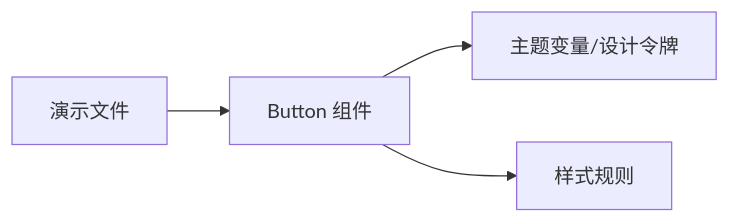
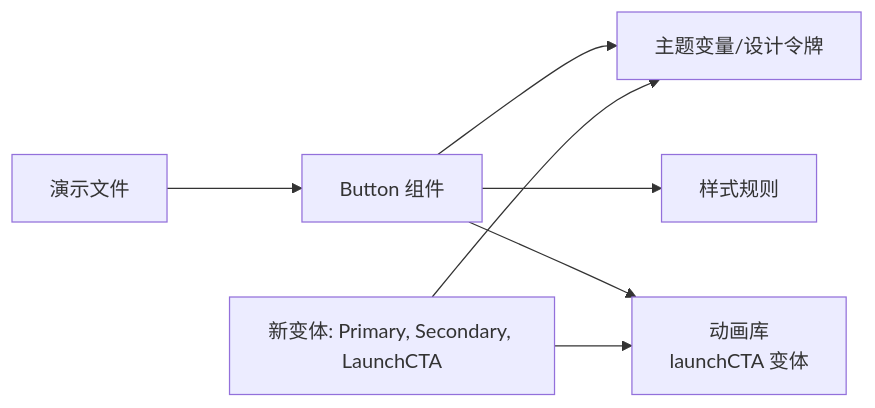
The fourth of 4 diagrams in .qoder/repowiki/zh/content/UI 组件库/基础组件/按钮组件.md (AIMFllyYS/code-video-canvas), drawn with Mermaid before and after one commit. The commit also changed other lines of this file and 51 other files, not shown here.

````diff
--- a/.qoder/repowiki/zh/content/UI 组件库/基础组件/按钮组件.md
+++ b/.qoder/repowiki/zh/content/UI 组件库/基础组件/按钮组件.md
@@ -207,6 +264,9 @@
 ```mermaid
 graph LR
 BTN["Button 组件"] --> THEME["主题变量/设计令牌"]
 BTN --> CSS["样式规则"]
+BTN --> ANIMATION["动画库<br/>launchCTA 变体"]
 DEMO["演示文件"] --> BTN
+NEW_VARIANTS["新变体: Primary, Secondary, LaunchCTA"] --> THEME
+NEW_VARIANTS --> ANIMATION
 ```
````
